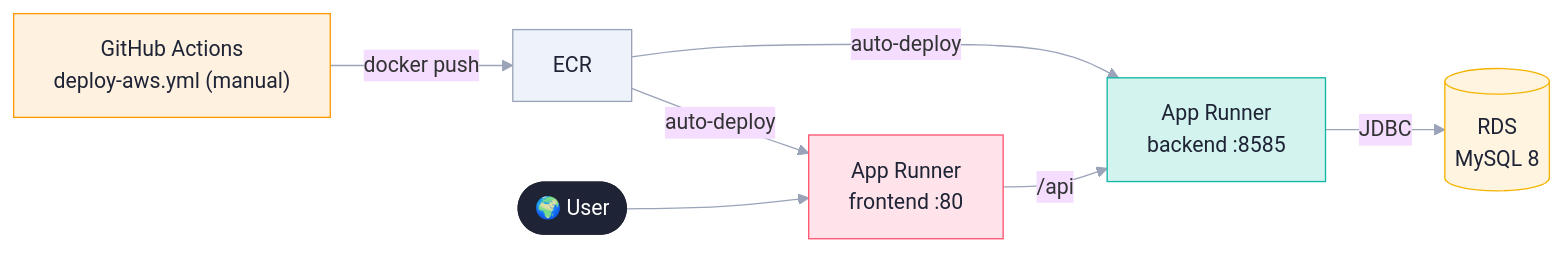
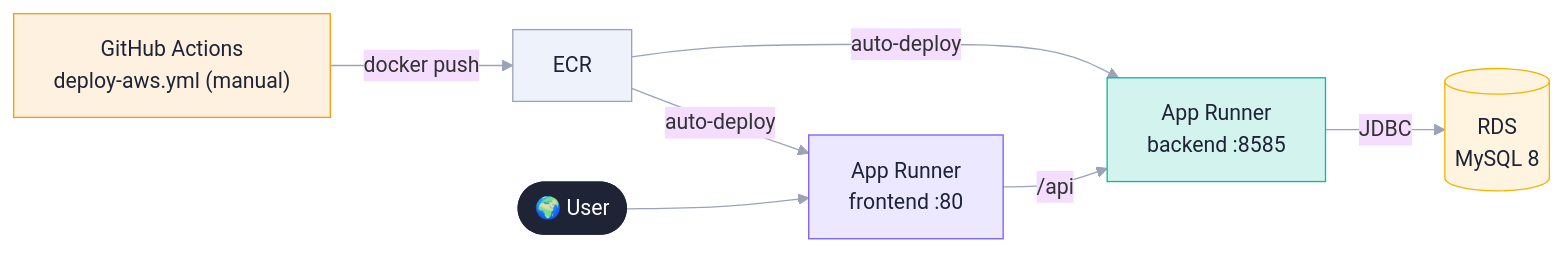
One commit to bbobbylon/AngularECommerceApp changed the third of 4 diagrams in docs/DEPLOYMENT.md. Above: the diagram before and after it, drawn with Mermaid. The commit also changed other lines of this file and 2 other files, not shown here.

````diff
--- a/docs/DEPLOYMENT.md
+++ b/docs/DEPLOYMENT.md
@@ -89,16 +154,16 @@
 ```mermaid
 %%{init: {'theme':'base','themeVariables':{'fontFamily':'DM Sans, system-ui, sans-serif','lineColor':'#9aa3b8'}}}%%
 flowchart LR
   gha["GitHub Actions<br/>deploy-aws.yml (manual)"]:::accent -->|docker push| ecr["ECR"]:::ext
   ecr -->|auto-deploy| arf["App Runner<br/>frontend :80"]:::fe
   ecr -->|auto-deploy| arb["App Runner<br/>backend :8585"]:::be
   user([🌍 User]):::user --> arf
   arf -->|"/api"| arb
   arb -->|JDBC| rds[("RDS<br/>MySQL 8")]:::db
   classDef user fill:#1e2435,stroke:#1e2435,color:#fff;
-  classDef fe fill:#ffe3ea,stroke:#ff5470,color:#1e2435;
+  classDef fe fill:#ece8ff,stroke:#7c5cff,color:#1e2435;
   classDef be fill:#d3f3ef,stroke:#10b6a6,color:#1e2435;
   classDef db fill:#fff4e0,stroke:#f5b400,color:#1e2435;
   classDef accent fill:#fff1e0,stroke:#ff9900,color:#1e2435;
   classDef ext fill:#eef2fb,stroke:#9aa3b8,color:#1e2435;
 ```
````
